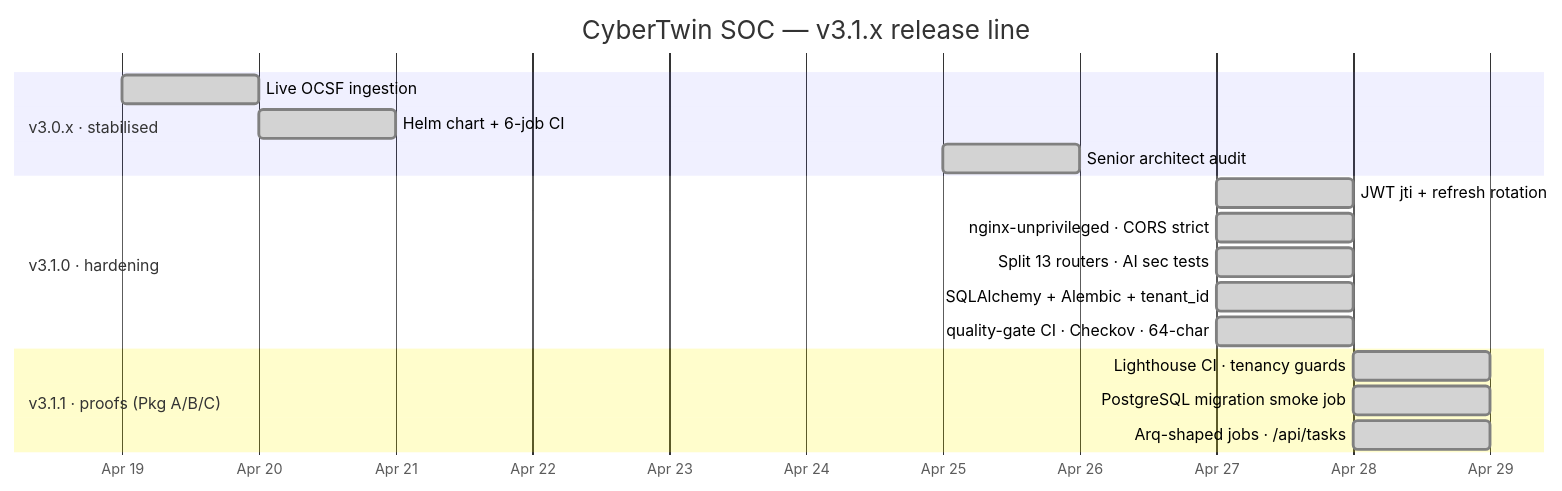
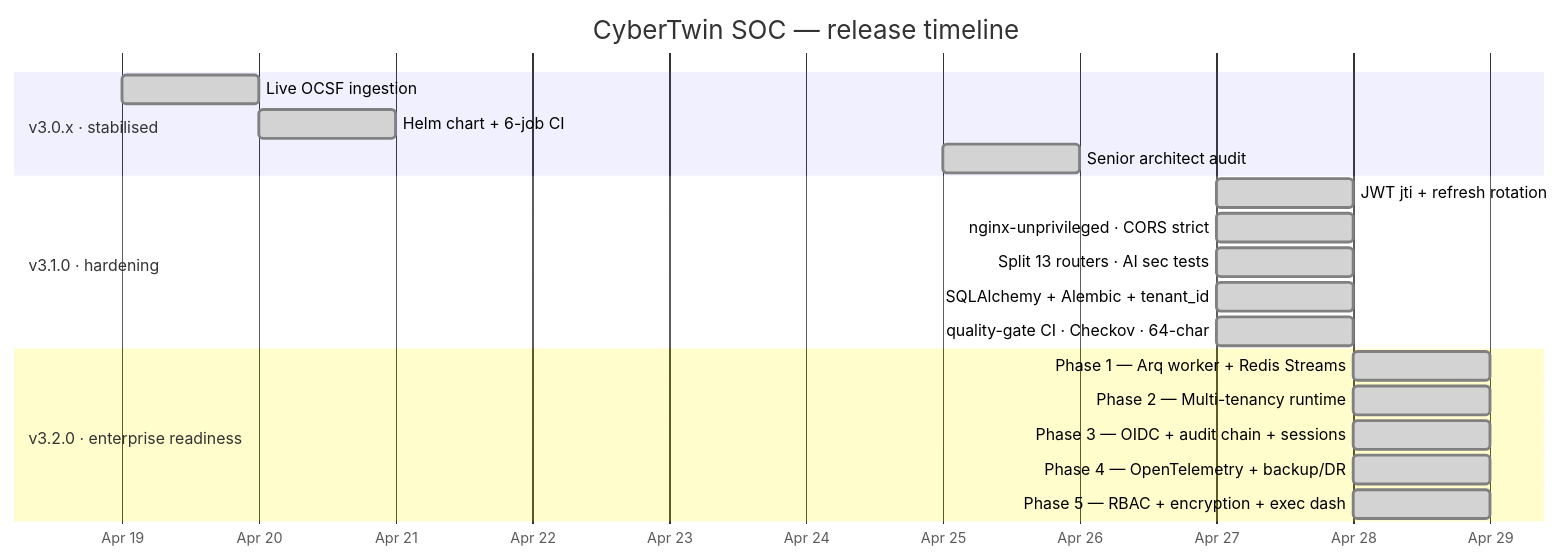
The second of 19 diagrams in README.md (omarbabba779xx/CyberTwin-SOC), drawn with Mermaid before and after one commit. The commit also changed other lines of this file, not shown here.

First line of the commit message:
docs(readme): update for v3.2.0 enterprise readiness release

````diff
--- a/README.md
+++ b/README.md
@@ -180,23 +191,25 @@
 ```mermaid
 gantt
-    title CyberTwin SOC — v3.1.x release line
+    title CyberTwin SOC — release timeline
     dateFormat YYYY-MM-DD
     axisFormat %b %d
 
     section v3.0.x · stabilised
         Live OCSF ingestion           :done, a1, 2026-04-19, 1d
         Helm chart + 6-job CI         :done, a2, 2026-04-20, 1d
         Senior architect audit        :done, a3, 2026-04-25, 1d
 
     section v3.1.0 · hardening
         JWT jti + refresh rotation          :done, b1, 2026-04-27, 1d
         nginx-unprivileged · CORS strict    :done, b2, 2026-04-27, 1d
         Split 13 routers · AI sec tests     :done, b3, 2026-04-27, 1d
         SQLAlchemy + Alembic + tenant_id    :done, b4, 2026-04-27, 1d
         quality-gate CI · Checkov · 64-char :done, b5, 2026-04-27, 1d
 
-    section v3.1.1 · proofs (Pkg A/B/C)
-        Lighthouse CI · tenancy guards      :done, c1, 2026-04-28, 1d
-        PostgreSQL migration smoke job      :done, c2, 2026-04-28, 1d
-        Arq-shaped jobs · /api/tasks        :done, c3, 2026-04-28, 1d
+    section v3.2.0 · enterprise readiness
+        Phase 1 — Arq worker + Redis Streams   :done, d1, 2026-04-28, 1d
+        Phase 2 — Multi-tenancy runtime         :done, d2, 2026-04-28, 1d
+        Phase 3 — OIDC + audit chain + sessions :done, d3, 2026-04-28, 1d
+        Phase 4 — OpenTelemetry + backup/DR     :done, d4, 2026-04-28, 1d
+        Phase 5 — RBAC + encryption + exec dash :done, d5, 2026-04-28, 1d
 ```
````
